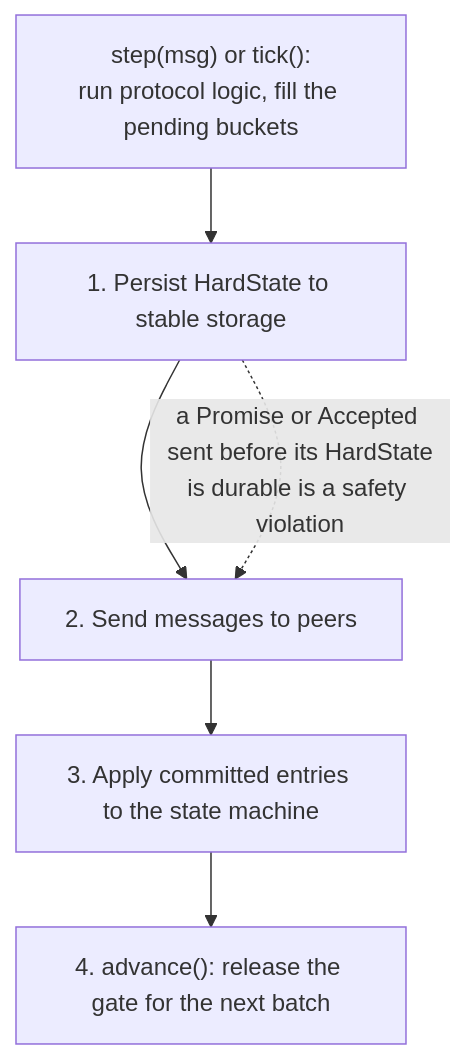
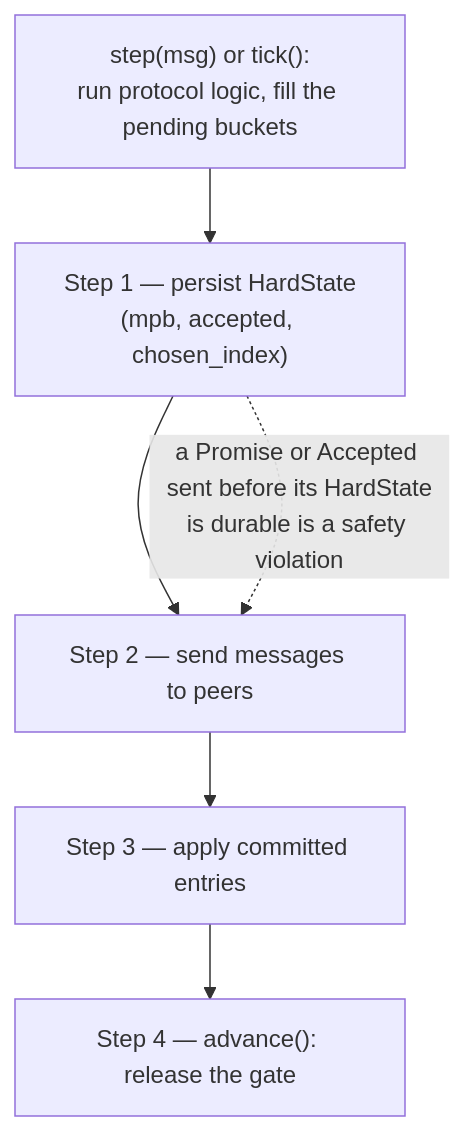
Before and after one commit to PierreZ/paros: the first of 3 diagrams in book/src/restart-safety.md, drawn with Mermaid. The commit also changed other lines of this file and 5 other files, not shown here.

````diff
--- a/book/src/restart-safety.md
+++ b/book/src/restart-safety.md
@@ -43,10 +43,10 @@
 ```mermaid
 flowchart TD
     step["step(msg) or tick():<br/>run protocol logic, fill the pending buckets"]
-    r1["1. Persist HardState to stable storage"]
-    r2["2. Send messages to peers"]
-    r3["3. Apply committed entries to the state machine"]
-    r4["4. advance(): release the gate for the next batch"]
+    r1["Step 1 — persist HardState<br/>(mpb, accepted, chosen_index)"]
+    r2["Step 2 — send messages to peers"]
+    r3["Step 3 — apply committed entries"]
+    r4["Step 4 — advance(): release the gate"]
     step --> r1 --> r2 --> r3 --> r4
     r1 -. "a Promise or Accepted sent before its HardState<br/>is durable is a safety violation" .-> r2
 ```
````
